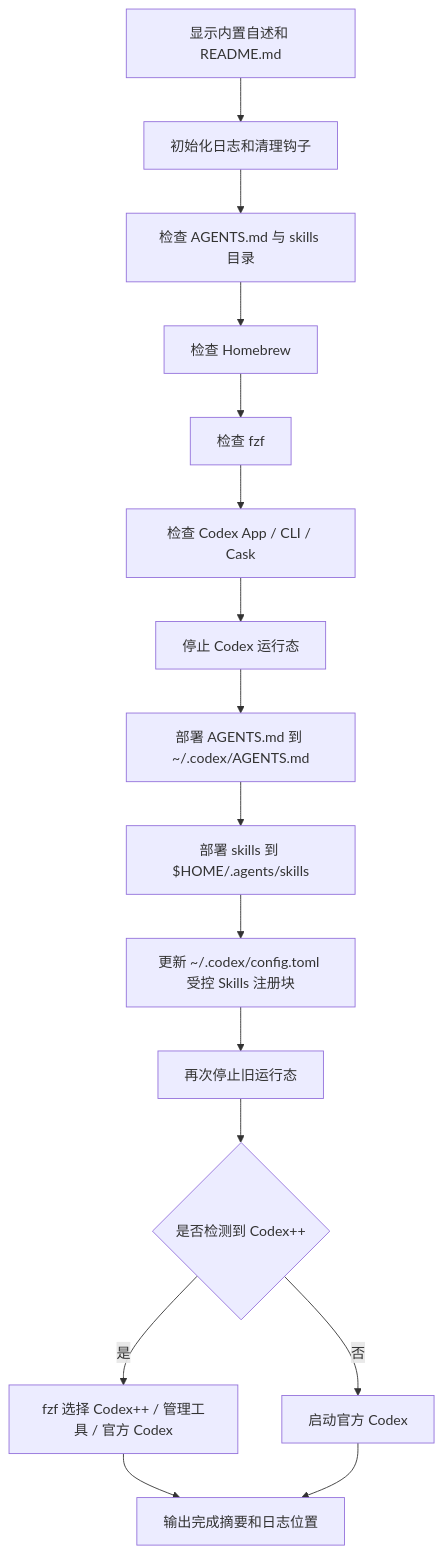
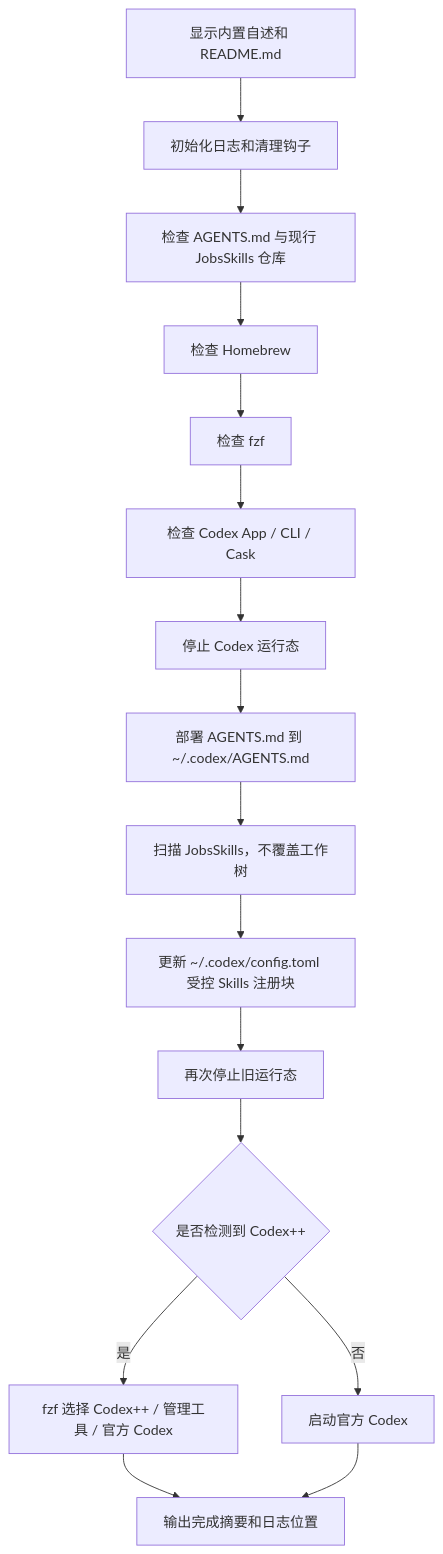
The diagram in README.md (JobsKits/JobsCodexConfigs), drawn with Mermaid before and after one commit. The commit also changed other lines of this file and 3 other files, not shown here.

````diff
--- a/README.md
+++ b/README.md
@@ -148,18 +144,18 @@
 ```mermaid
 flowchart TD
   A[显示内置自述和 README.md] --> B[初始化日志和清理钩子]
-  B --> C[检查 AGENTS.md 与 skills 目录]
+  B --> C[检查 AGENTS.md 与现行 JobsSkills 仓库]
   C --> D[检查 Homebrew]
   D --> E[检查 fzf]
   E --> F[检查 Codex App / CLI / Cask]
   F --> G[停止 Codex 运行态]
   G --> H[部署 AGENTS.md 到 ~/.codex/AGENTS.md]
-  H --> I[部署 skills 到 $HOME/.agents/skills]
+  H --> I[扫描 JobsSkills，不覆盖工作树]
   I --> J[更新 ~/.codex/config.toml 受控 Skills 注册块]
   J --> K[再次停止旧运行态]
   K --> L{是否检测到 Codex++}
   L -- 是 --> M[fzf 选择 Codex++ / 管理工具 / 官方 Codex]
   L -- 否 --> N[启动官方 Codex]
   M --> O[输出完成摘要和日志位置]
   N --> O
 ```
````
